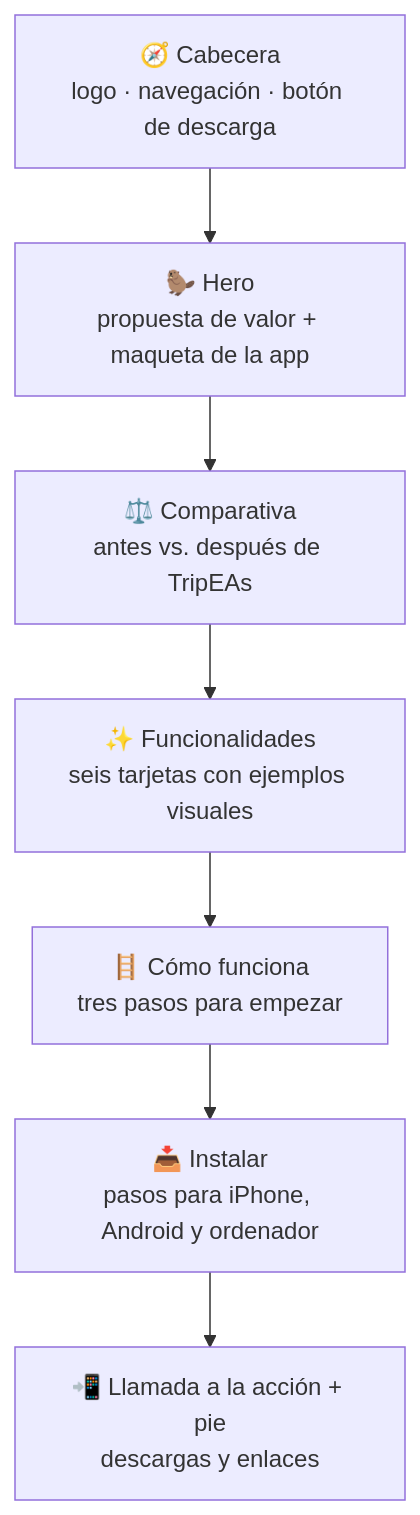
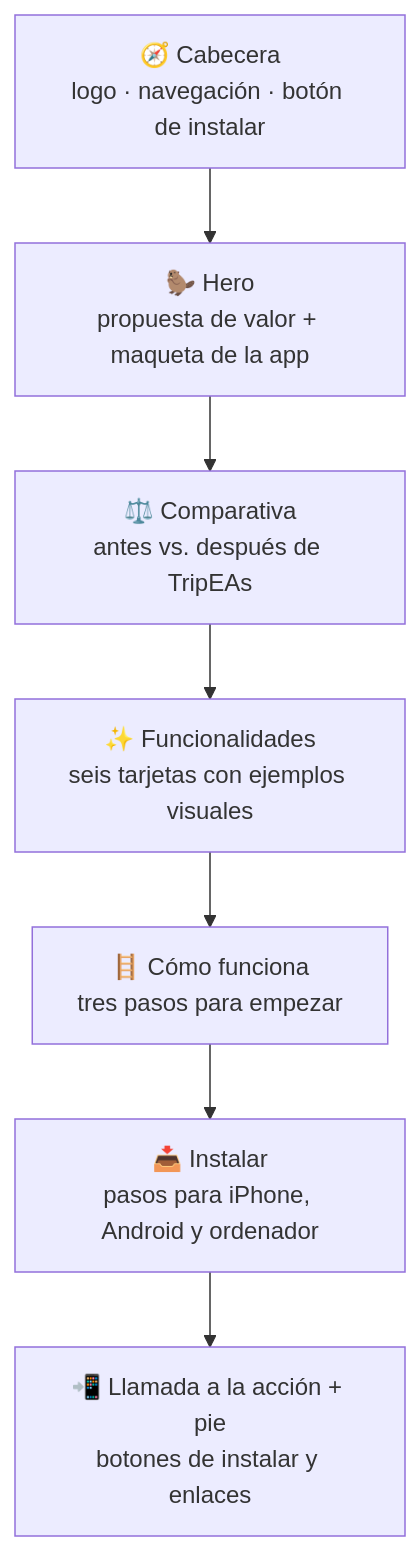
Before and after one commit to angelalop03/TripEAs-Web: the first of 2 diagrams in README.md, drawn with Mermaid. The commit also changed other lines of this file and 7 other files, not shown here.

````diff
--- a/README.md
+++ b/README.md
@@ -67,10 +67,10 @@
 ```mermaid
 flowchart TB
-    H[🧭 Cabecera<br/>logo · navegación · botón de descarga]
+    H[🧭 Cabecera<br/>logo · navegación · botón de instalar]
     H --> A[🦫 Hero<br/>propuesta de valor + maqueta de la app]
     A --> B[⚖️ Comparativa<br/>antes vs. después de TripEAs]
     B --> C[✨ Funcionalidades<br/>seis tarjetas con ejemplos visuales]
     C --> D[🪜 Cómo funciona<br/>tres pasos para empezar]
     D --> I[📥 Instalar<br/>pasos para iPhone, Android y ordenador]
-    I --> E[📲 Llamada a la acción + pie<br/>descargas y enlaces]
+    I --> E[📲 Llamada a la acción + pie<br/>botones de instalar y enlaces]
 ```
````
